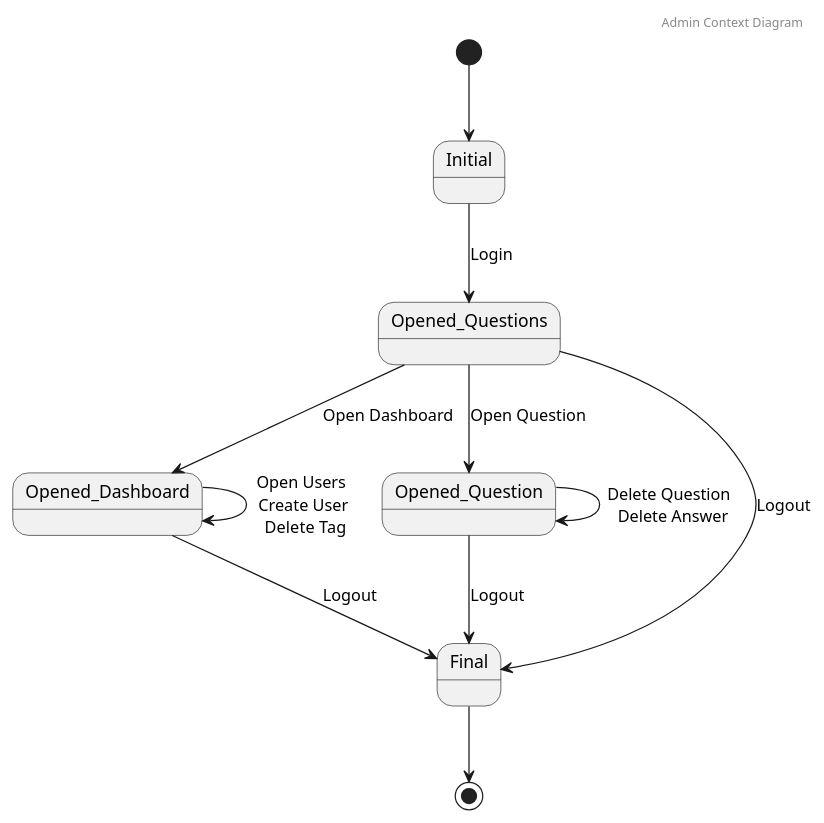
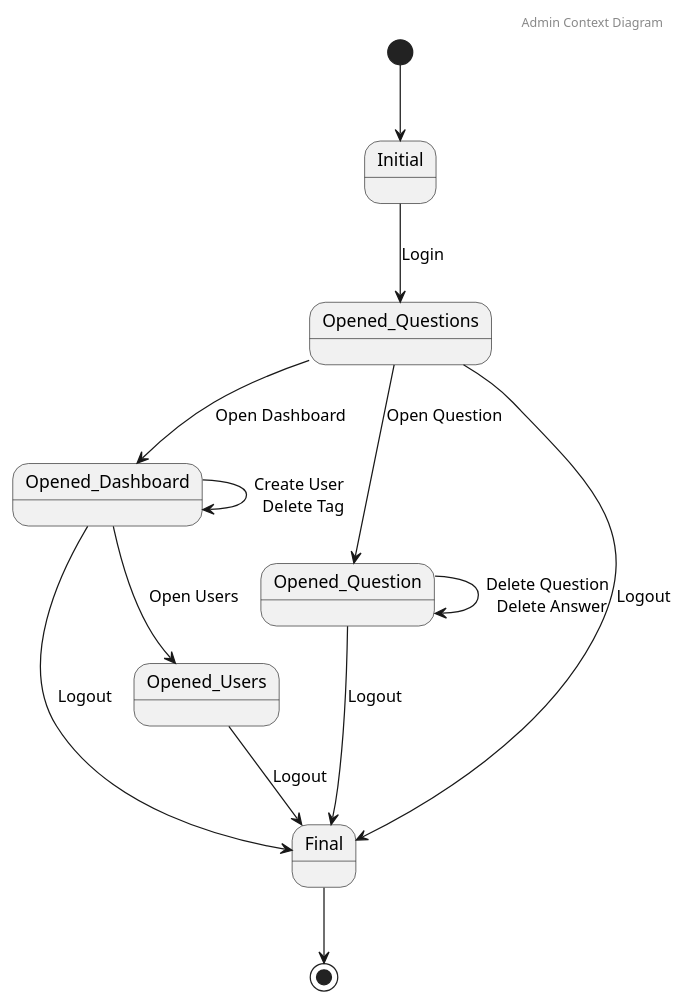
One commit to rafaelacirino/miw-backend-foro changed the diagram in src/main/resources/templates/diagramaContextoAdmin.plantuml. Above: the diagram before and after it, drawn with PlantUML. The commit also changed 30 other files, not shown here.

Commit message:
fix diagramas

```diff
--- a/src/main/resources/templates/diagramaContextoAdmin.plantuml
+++ b/src/main/resources/templates/diagramaContextoAdmin.plantuml
@@ -1,20 +1,22 @@
 @startuml
 
 header Admin Context Diagram
 
 [*] --> Initial
 
 Initial --> Opened_Questions: Login
 
 Opened_Questions --> Opened_Dashboard : Open Dashboard
 Opened_Questions --> Opened_Question : Open Question
 Opened_Question --> Opened_Question : Delete Question \n Delete Answer
 Opened_Questions --> Final : Logout
 Opened_Question --> Final : Logout
 
-Opened_Dashboard --> Opened_Dashboard : Open Users \n Create User \n Delete Tag
+Opened_Dashboard --> Opened_Dashboard : Create User \n Delete Tag
+Opened_Dashboard --> Opened_Users : Open Users
 Opened_Dashboard --> Final : Logout
+Opened_Users--> Final : Logout
 
 Final --> [*]
 
 @enduml
```
